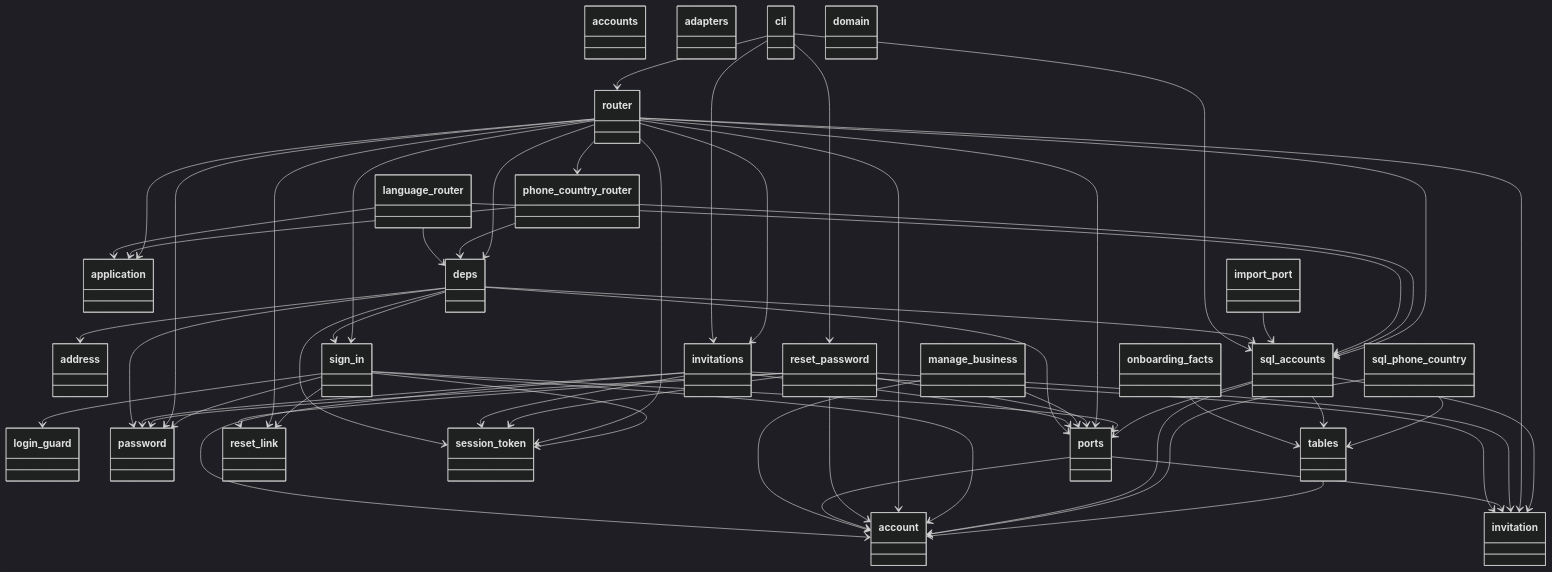
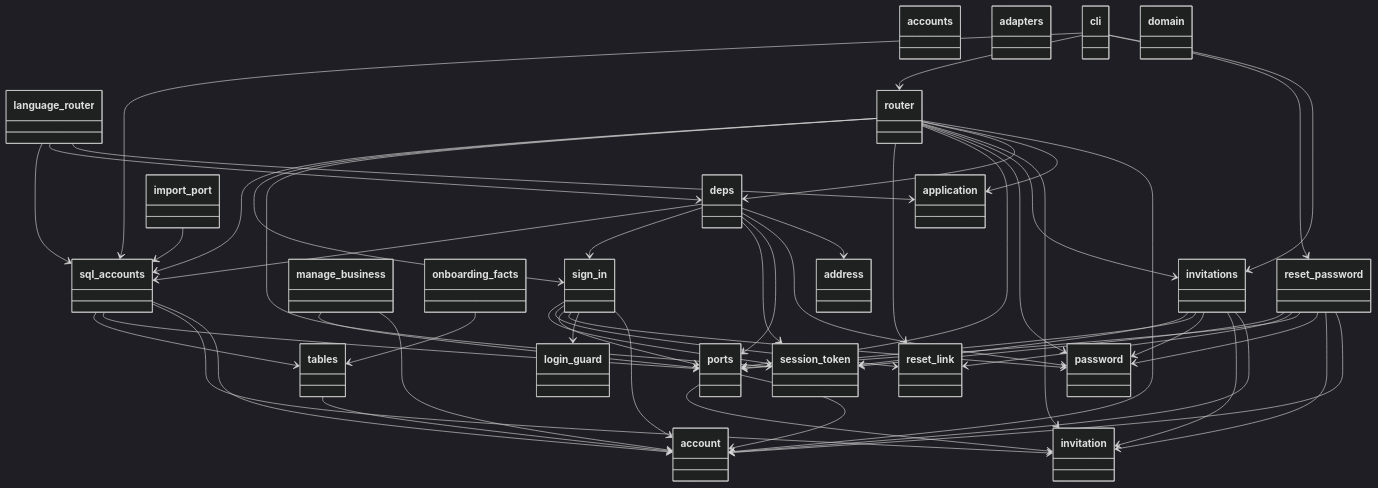
The first of 4 diagrams in docs/architecture/generated/classes/accounts.md (GonzaloZevallos/apostrophe), drawn with Mermaid (dark theme) before and after one commit. The commit also changed other lines of this file and 9 other files, not shown here.

````diff
--- a/docs/architecture/generated/classes/accounts.md
+++ b/docs/architecture/generated/classes/accounts.md
@@ -38,8 +38,6 @@
   }
   class password {
   }
-  class phone_country_router {
-  }
   class ports {
   }
   class reset_link {
@@ -53,8 +51,6 @@
   class sign_in {
   }
   class sql_accounts {
-  }
-  class sql_phone_country {
   }
   class tables {
   }
@@ -80,9 +76,6 @@
   manage_business --> account
   manage_business --> ports
   onboarding_facts --> tables
-  phone_country_router --> application
-  phone_country_router --> deps
-  phone_country_router --> sql_accounts
   ports --> account
   ports --> invitation
   reset_password --> account
@@ -97,7 +90,6 @@
   router --> invitation
   router --> invitations
   router --> password
-  router --> phone_country_router
   router --> ports
   router --> reset_link
   router --> session_token
@@ -113,7 +105,5 @@
   sql_accounts --> invitation
   sql_accounts --> ports
   sql_accounts --> tables
-  sql_phone_country --> account
-  sql_phone_country --> tables
   tables --> account
 ```
````
